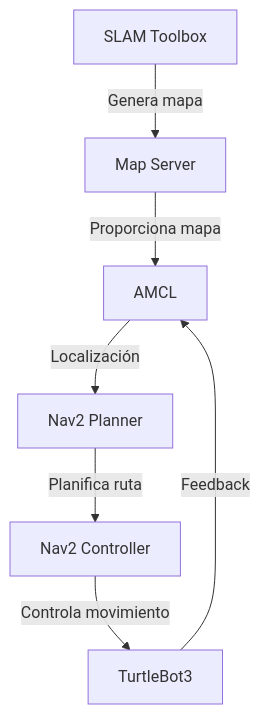
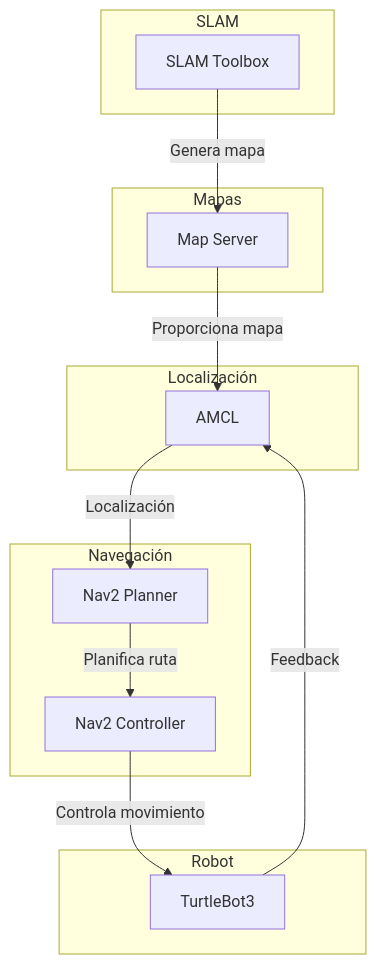
Before and after one commit to HispanoTech-UGC/HispanoTech-UGC-ROS2: the first of 2 diagrams in README.md, drawn with Mermaid. The commit also changed other lines of this file, not shown here.

````diff
--- a/README.md
+++ b/README.md
@@ -54,9 +39,25 @@
 ```mermaid
 graph TD
-    A[SLAM Toolbox] -->|Genera mapa| B[Map Server]
-    B -->|Proporciona mapa| C[AMCL]
-    C -->|Localización| D[Nav2 Planner]
-    D -->|Planifica ruta| E[Nav2 Controller]
-    E -->|Controla movimiento| F[TurtleBot3]
-    F -->|Feedback| C
+    subgraph SLAM
+        A[SLAM Toolbox]
+    end
+    subgraph Mapas
+        B[Map Server]
+    end
+    subgraph Localización
+        C[AMCL]
+    end
+    subgraph Navegación
+        D[Nav2 Planner]
+        E[Nav2 Controller]
+    end
+    subgraph Robot
+        F[TurtleBot3]
+    end
+    A -- Genera mapa --> B
+    B -- Proporciona mapa --> C
+    C -- Localización --> D
+    D -- Planifica ruta --> E
+    E -- Controla movimiento --> F
+    F -- Feedback --> C
 ```
````
